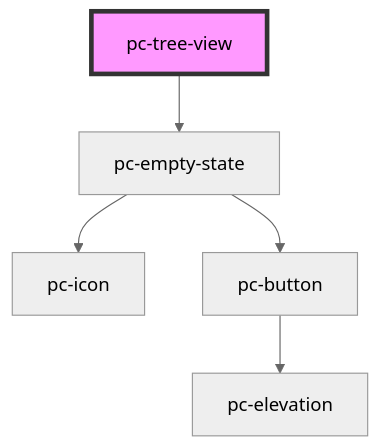
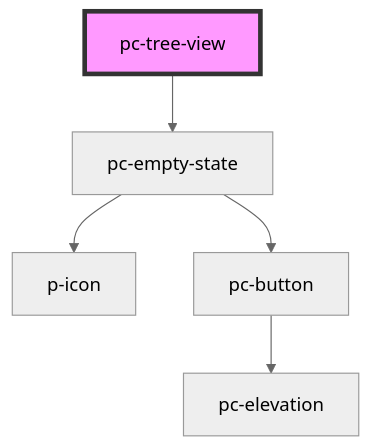
Before and after one commit to redvars/peacock: the diagram in src/components/tree-view/tree-view/readme.md, drawn with Mermaid (neutral theme). The commit also changed 94 other files, not shown here.

````diff
--- a/src/components/tree-view/tree-view/readme.md
+++ b/src/components/tree-view/tree-view/readme.md
@@ -64,8 +64,8 @@
 ```mermaid
 graph TD;
   pc-tree-view --> pc-empty-state
-  pc-empty-state --> pc-icon
+  pc-empty-state --> p-icon
   pc-empty-state --> pc-button
   pc-button --> pc-elevation
   style pc-tree-view fill:#f9f,stroke:#333,stroke-width:4px
 ```
````
